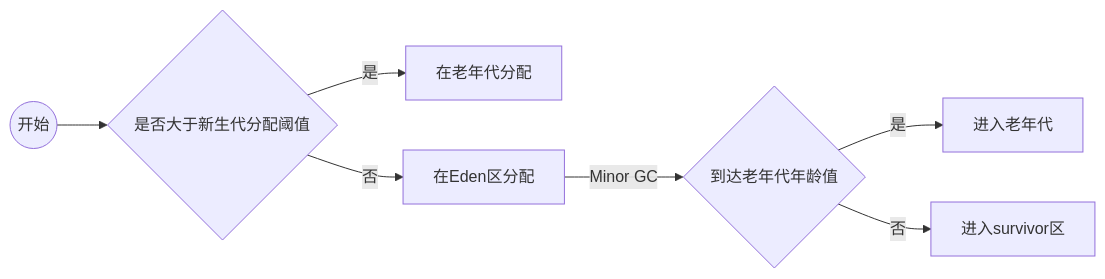
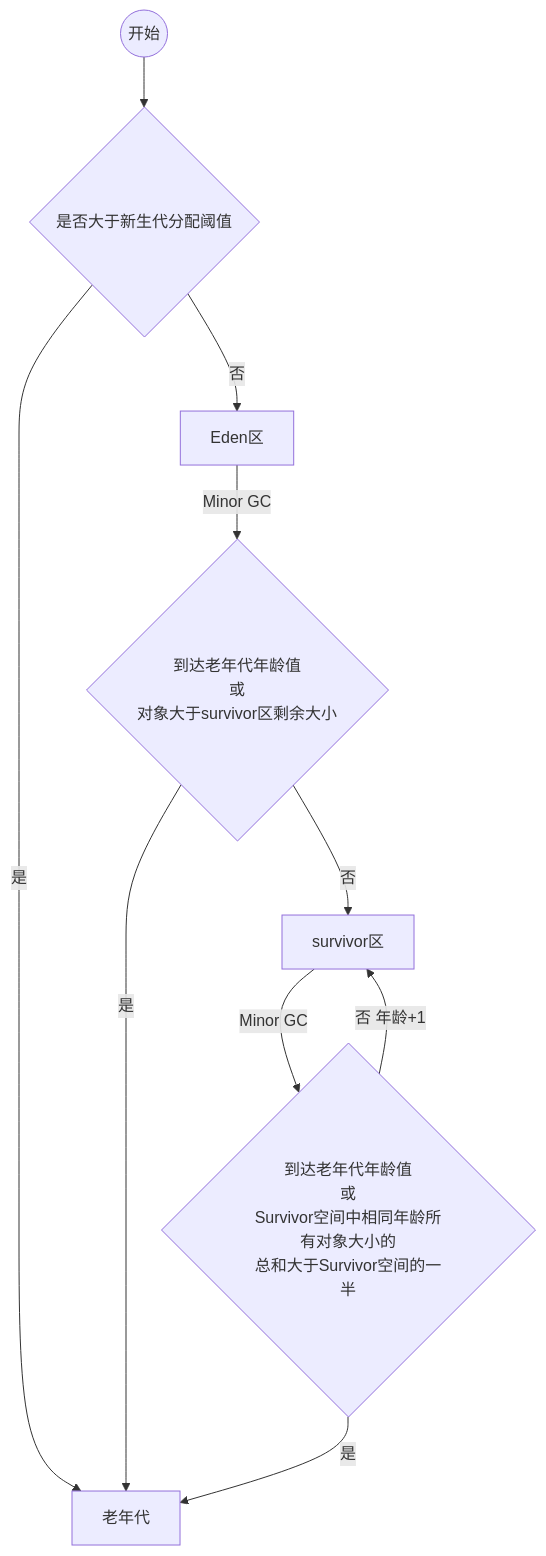
Before and after one commit to vay-qz/Learning: the diagram in file/虚拟机/内存分配策略.md, drawn with Mermaid. The commit also changed other lines of this file and 1 other file, not shown here.

````diff
--- a/file/虚拟机/内存分配策略.md
+++ b/file/虚拟机/内存分配策略.md
@@ -20,10 +22,12 @@
 ```mermaid
-graph LR
-A((开始))-->B{是否大于新生代分配阈值}
-B--是-->C[在老年代分配]
-B--否-->D[在Eden区分配]
-D--Minor GC-->E{到达老年代年龄值}
-E--是-->F[进入老年代]
-E--否-->G[进入survivor区]
-
+graph TB
+    A((开始)) --> B{是否大于新生代分配阈值}
+    B --是--> C[老年代]
+    B --否--> D[Eden区]
+    D --Minor GC--> E{到达老年代年龄值<br>或<br>对象大于survivor区剩余大小}
+    E --是--> C
+    E --否--> G[survivor区]
+	G --Minor GC--> H{到达老年代年龄值<br>或<br>Survivor空间中相同年龄所有对象大小的<br>总和大于Survivor空间的一半}
+	H --是--> C
+	H --否 年龄+1--> G
 ```
````
